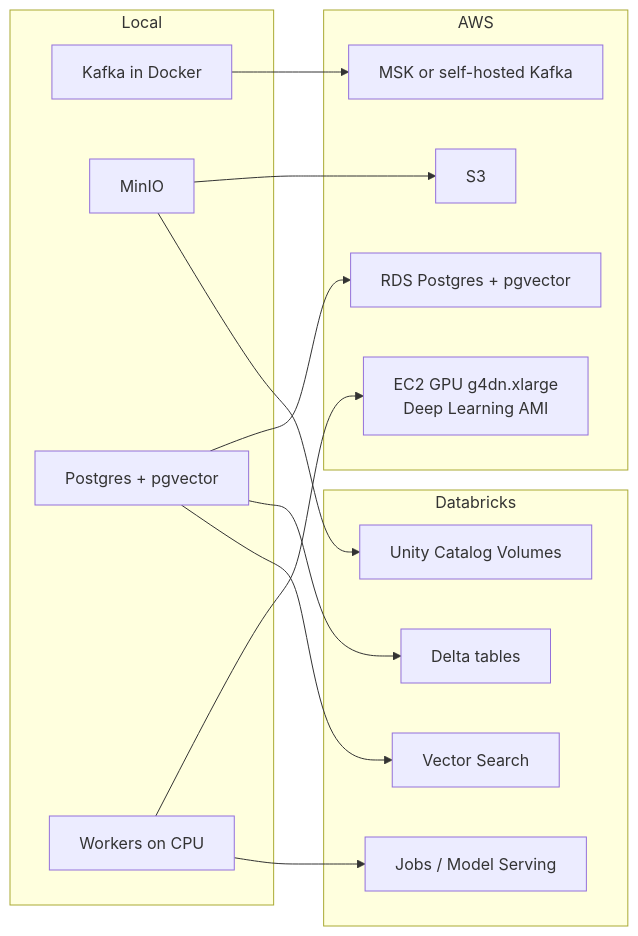
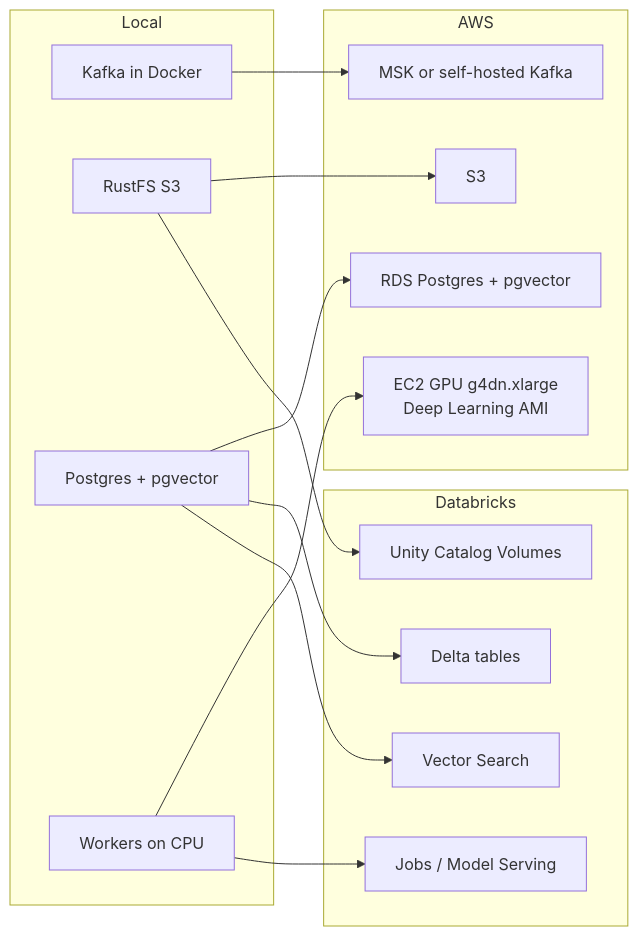
One commit to Damien4822/DEProj_Video_Analytics_Platform changed the fourth of 4 diagrams in README.md. Above: the diagram before and after it, drawn with Mermaid. The commit also changed other lines of this file and 5 other files, not shown here.

````diff
--- a/README.md
+++ b/README.md
@@ -199,29 +199,29 @@
 ```mermaid
 flowchart LR
     subgraph Local
         L1[Kafka in Docker]
-        L2[MinIO]
+        L2[RustFS S3]
         L3[Postgres + pgvector]
         L4[Workers on CPU]
     end
     subgraph AWS
         A1[MSK or self-hosted Kafka]
         A2[S3]
         A3[RDS Postgres + pgvector]
         A4[EC2 GPU g4dn.xlarge<br/>Deep Learning AMI]
     end
     subgraph Databricks
         D1[Unity Catalog Volumes]
         D2[Delta tables]
         D3[Vector Search]
         D4[Jobs / Model Serving]
     end
     L1 --> A1
     L2 --> A2
     L2 --> D1
     L3 --> A3
     L3 --> D2
     L3 --> D3
     L4 --> A4
     L4 --> D4
 ```
````
